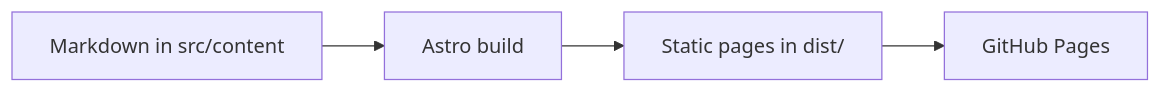
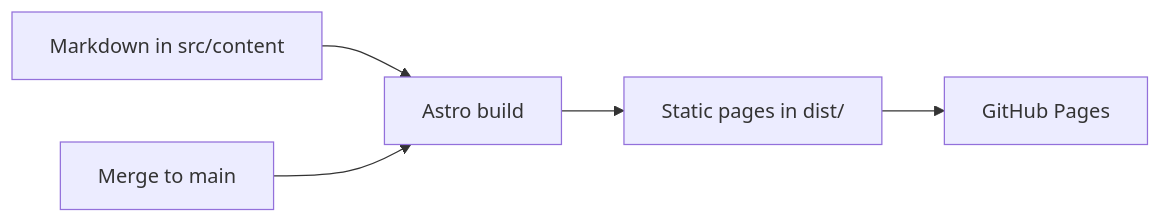
One commit to sudhir13s/sudhir13s.github.io changed the diagram in README.md. Above: the diagram before and after it, drawn with Mermaid. The commit also changed other lines of this file, not shown here.

````diff
--- a/README.md
+++ b/README.md
@@ -5,6 +5,7 @@
 ```mermaid
 flowchart LR
   Content["Markdown in src/content"] --> Astro["Astro build"]
   Astro --> Dist["Static pages in dist/"]
   Dist --> Pages["GitHub Pages"]
+  Merge["Merge to main"] --> Astro
 ```
````
